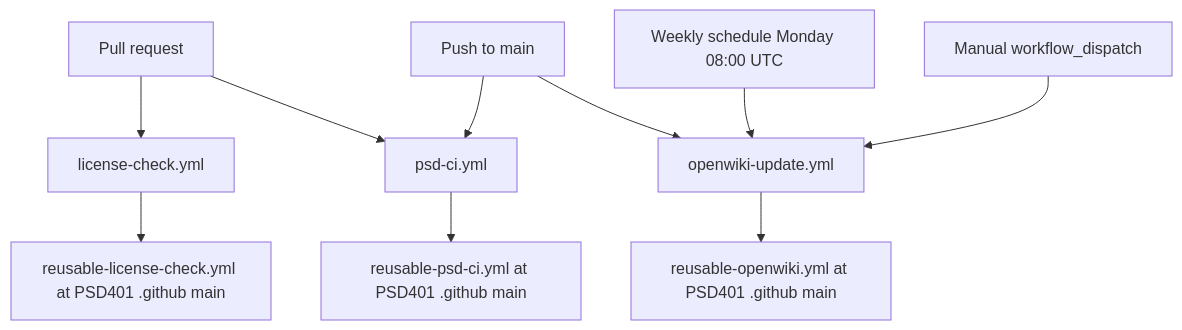
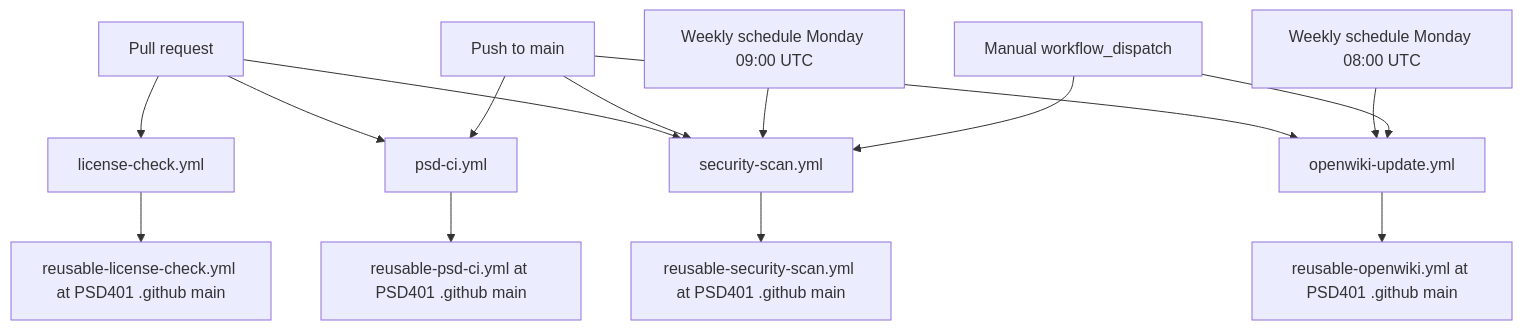
The diagram in openwiki/delivery/ci-workflows.md (psd401/psd-standards-canary), drawn with Mermaid before and after one commit. The commit also changed other lines of this file and 6 other files, not shown here.

````diff
--- a/openwiki/delivery/ci-workflows.md
+++ b/openwiki/delivery/ci-workflows.md
@@ -21,12 +21,17 @@
 ```mermaid
 flowchart TD
   PR["Pull request"] --> LC["license-check.yml"]
   PR --> CI["psd-ci.yml"]
+  PR --> SS["security-scan.yml"]
   PUSH["Push to main"] --> CI
   PUSH --> OW["openwiki-update.yml"]
+  PUSH --> SS
   CRON["Weekly schedule Monday 08:00 UTC"] --> OW
+  SCAN["Weekly schedule Monday 09:00 UTC"] --> SS
   MANUAL["Manual workflow_dispatch"] --> OW
+  MANUAL --> SS
   CI --> RCI["reusable-psd-ci.yml at PSD401 .github main"]
   LC --> RLC["reusable-license-check.yml at PSD401 .github main"]
   OW --> ROW["reusable-openwiki.yml at PSD401 .github main"]
+  SS --> RSS["reusable-security-scan.yml at PSD401 .github main"]
 ```
````
